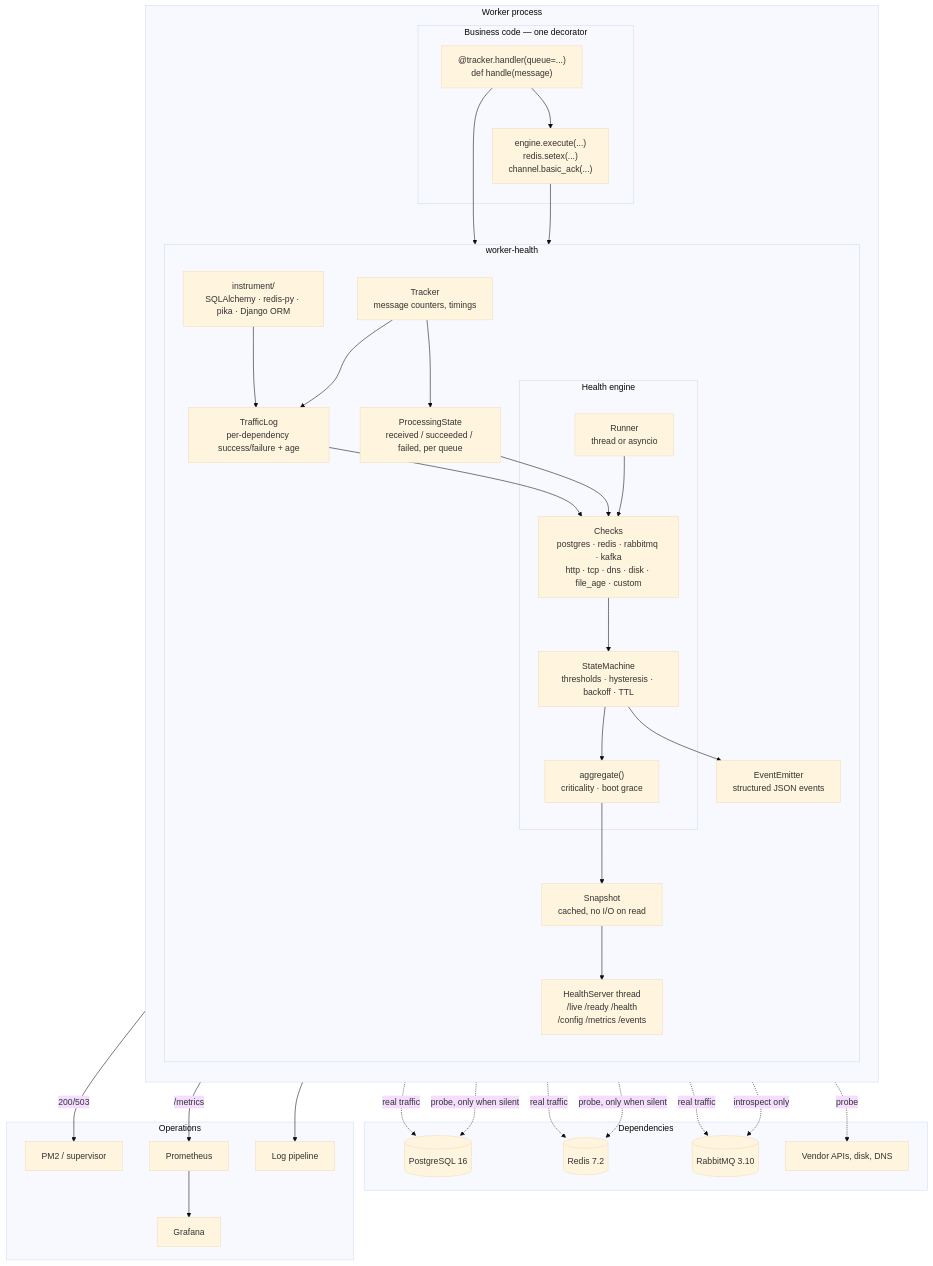
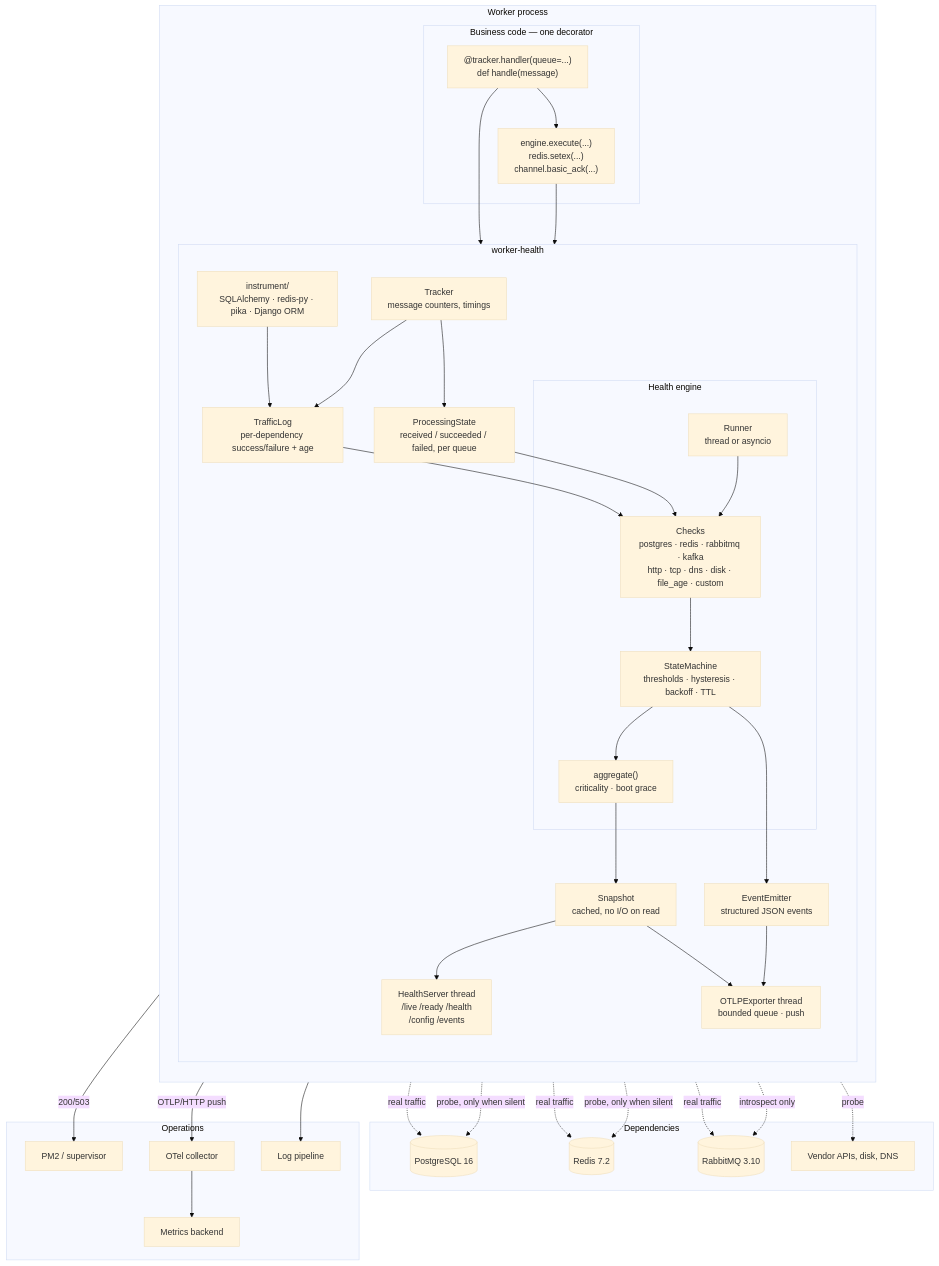
The second of 15 diagrams in docs/ARCHITECTURE.md (3dwag98/health-mon), drawn with Mermaid (base theme) before and after one commit. The commit also changed other lines of this file and 52 other files, not shown here.

````diff
--- a/docs/ARCHITECTURE.md
+++ b/docs/ARCHITECTURE.md
@@ -72,70 +72,73 @@
 ```mermaid
 flowchart TB
     subgraph Worker["Worker process"]
         direction TB
 
         subgraph Business["Business code — one decorator"]
             H["@tracker.handler(queue=...)<br/>def handle(message)"]
             Q["engine.execute(...)<br/>redis.setex(...)<br/>channel.basic_ack(...)"]
         end
 
         subgraph SDK["worker-health"]
             direction TB
             TR["Tracker<br/>message counters, timings"]
             IN["instrument/<br/>SQLAlchemy · redis-py · pika · Django ORM"]
             TL["TrafficLog<br/>per-dependency success/failure + age"]
             PS["ProcessingState<br/>received / succeeded / failed, per queue"]
 
             subgraph Engine["Health engine"]
                 RUN["Runner<br/>thread or asyncio"]
                 CH["Checks<br/>postgres · redis · rabbitmq · kafka<br/>http · tcp · dns · disk · file_age · custom"]
                 SM["StateMachine<br/>thresholds · hysteresis · backoff · TTL"]
                 AGG["aggregate()<br/>criticality · boot grace"]
             end
 
             SNAP["Snapshot<br/>cached, no I/O on read"]
-            HTTP["HealthServer thread<br/>/live /ready /health<br/>/config /metrics /events"]
+            HTTP["HealthServer thread<br/>/live /ready /health<br/>/config /events"]
             EV["EventEmitter<br/>structured JSON events"]
+            OTLP["OTLPExporter thread<br/>bounded queue · push"]
         end
     end
 
     subgraph Deps["Dependencies"]
         PG[("PostgreSQL 16")]
         RD[("Redis 7.2")]
         MQ[("RabbitMQ 3.10")]
         EXT["Vendor APIs, disk, DNS"]
     end
 
     subgraph Ops["Operations"]
         PM2["PM2 / supervisor"]
-        PROM["Prometheus"]
-        GRAF["Grafana"]
+        COLL["OTel collector"]
+        BACKEND["Metrics backend"]
         LOGS["Log pipeline"]
     end
 
     H --> TR
     H --> Q
     Q --> IN
     IN --> TL
     TR --> PS
     TR --> TL
 
     Q -.real traffic.-> PG
     Q -.real traffic.-> RD
     Q -.real traffic.-> MQ
 
     TL --> CH
     PS --> CH
     RUN --> CH
     CH -.probe, only when silent.-> PG
     CH -.probe, only when silent.-> RD
     CH -.introspect only.-> MQ
     CH -.probe.-> EXT
     CH --> SM --> AGG --> SNAP
     SNAP --> HTTP
     SM --> EV
 
     HTTP -->|"200/503"| PM2
-    HTTP -->|"/metrics"| PROM --> GRAF
+    SNAP --> OTLP
+    EV --> OTLP
+    OTLP -->|"OTLP/HTTP push"| COLL --> BACKEND
     EV --> LOGS
 ```
````
